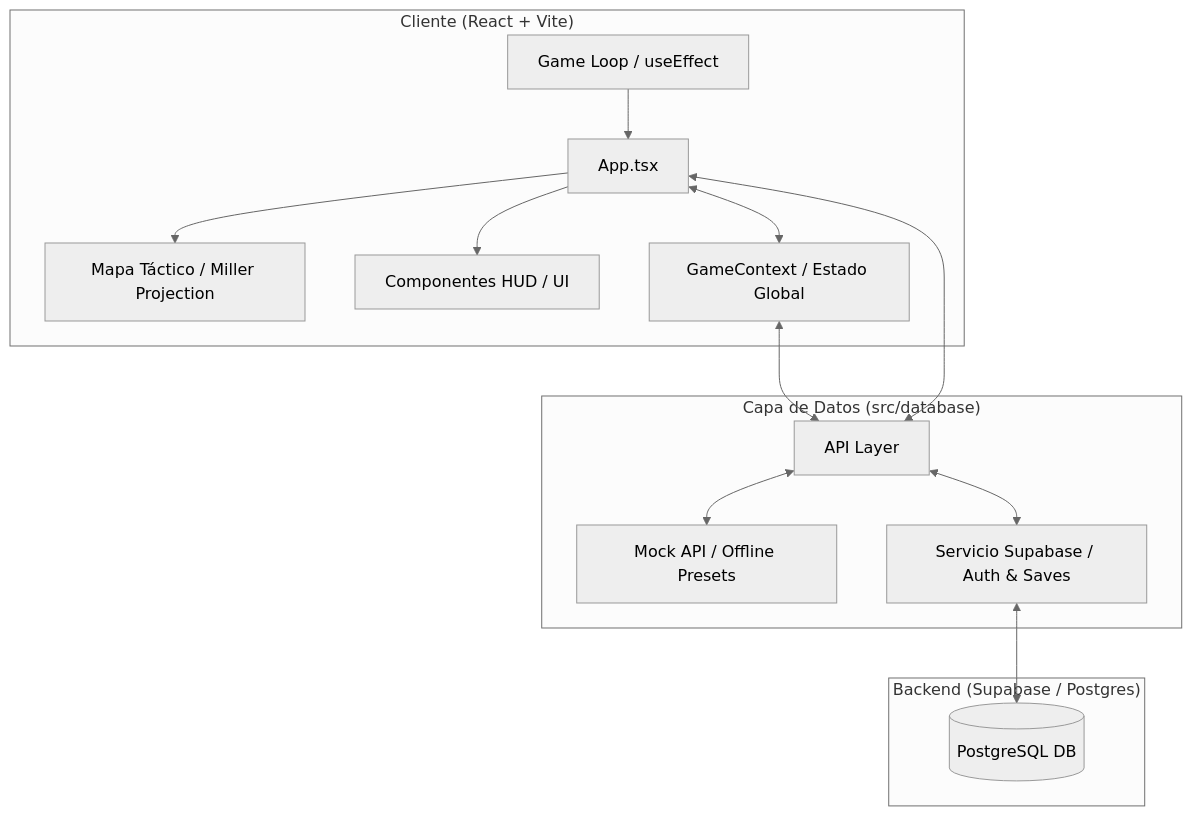
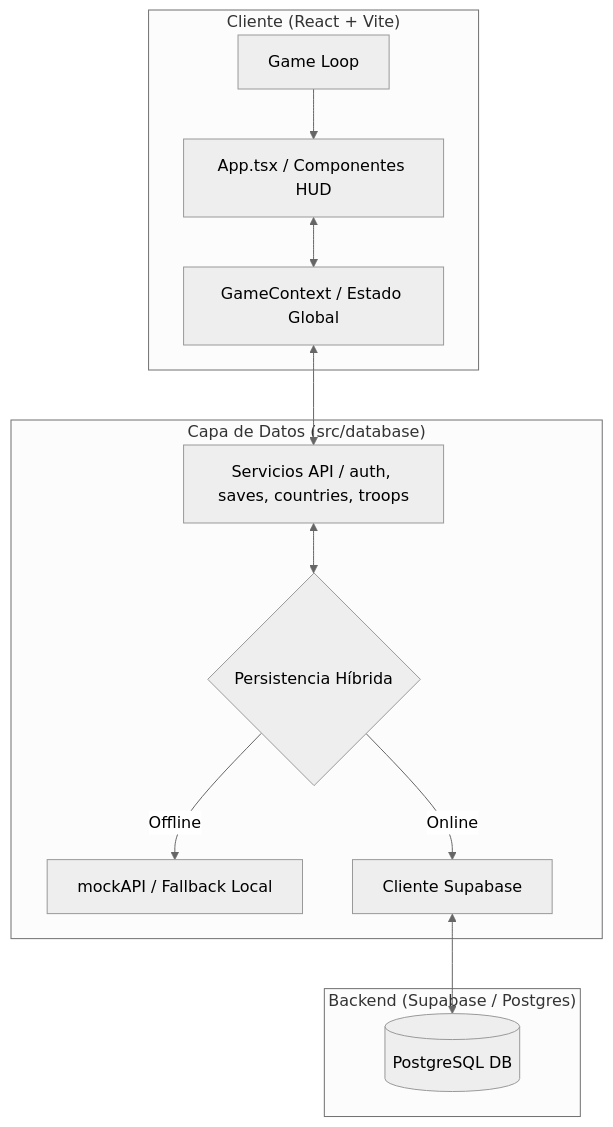
Before and after one commit to AlejandroAdriel/CONQUEST_FRONTEND: the diagram in README.md, drawn with Mermaid (neutral theme). The commit also changed other lines of this file, not shown here.

````diff
--- a/README.md
+++ b/README.md
@@ -65,19 +65,18 @@
 ```mermaid
 graph TD
     subgraph Client ["Cliente (React + Vite)"]
-        GL[Game Loop / useEffect] --> App[App.tsx]
-        App --> Map[Mapa Táctico / Miller Projection]
-        App --> HUD[Componentes HUD / UI]
-        App <--> GC[GameContext / Estado Global]
+        Loop[Game Loop] --> App[App.tsx / Componentes HUD]
+        App <--> Context[GameContext / Estado Global]
     end
 
     subgraph Data ["Capa de Datos (src/database)"]
-        GC & App <--> API[API Layer]
-        API <--> Mock[Mock API / Offline Presets]
-        API <--> DB[Servicio Supabase / Auth & Saves]
+        Context <--> API[Servicios API / auth, saves, countries, troops]
+        API <--> Persistencia{Persistencia Híbrida}
+        Persistencia -->|Offline| Mock[mockAPI / Fallback Local]
+        Persistencia -->|Online| Supabase[Cliente Supabase]
     end
 
     subgraph Server ["Backend (Supabase / Postgres)"]
-        DB <--> Postgres[(PostgreSQL DB)]
+        Supabase <--> PG[(PostgreSQL DB)]
     end
 ```
````
